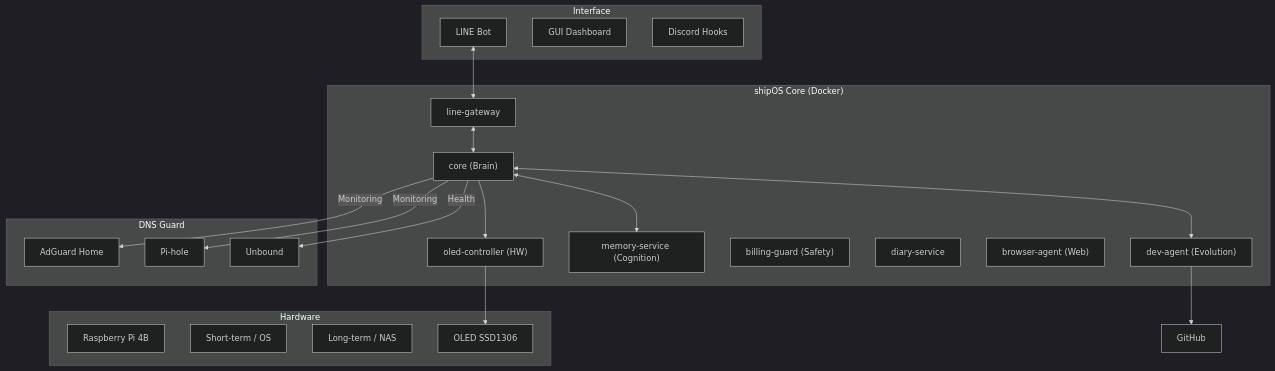
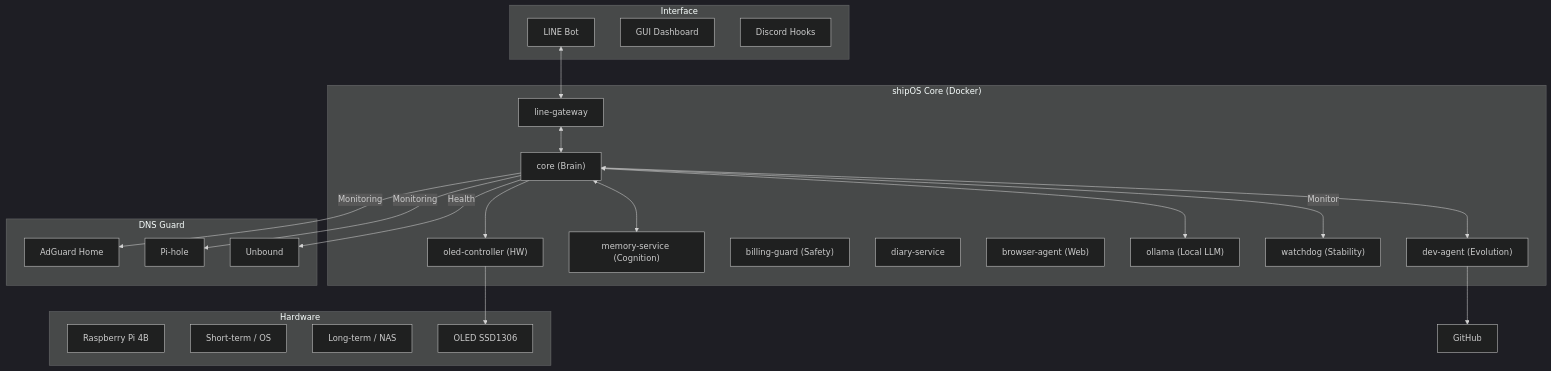
The diagram in README.md (Aynyan2828/autonomous-ai-bcnofne-v3), drawn with Mermaid (dark theme) before and after one commit. The commit also changed other lines of this file and 57 other files, not shown here.

````diff
--- a/README.md
+++ b/README.md
@@ -67,41 +68,45 @@
 ```mermaid
 graph TB
     subgraph "Interface"
         LINE[LINE Bot]
         Web[GUI Dashboard]
         Discord[Discord Hooks]
     end
 
     subgraph "shipOS Core (Docker)"
         Core["core (Brain)"]
         DA["dev-agent (Evolution)"]
         MS["memory-service (Cognition)"]
         LG["line-gateway"]
         BG["billing-guard (Safety)"]
         DS["diary-service"]
         BA["browser-agent (Web)"]
+        OL["ollama (Local LLM)"]
+        WD["watchdog (Stability)"]
         OLED["oled-controller (HW)"]
     end
 
     subgraph "Hardware"
         Pi[Raspberry Pi 4B]
         SSD[Short-term / OS]
         HDD[Long-term / NAS]
         Disp[OLED SSD1306]
     end
 
     subgraph "DNS Guard"
         AGH[AdGuard Home]
         PH[Pi-hole]
         UB[Unbound]
     end
 
     LINE <--> LG <--> Core
     Core <--> MS
     Core <--> DA
+    Core <--> OL
+    Core -- Monitor --> WD
     DA --> GitHub
     Core --> OLED --> Disp
     Core -- Monitoring --> AGH
     Core -- Monitoring --> PH
     Core -- Health --> UB
 ```
````
